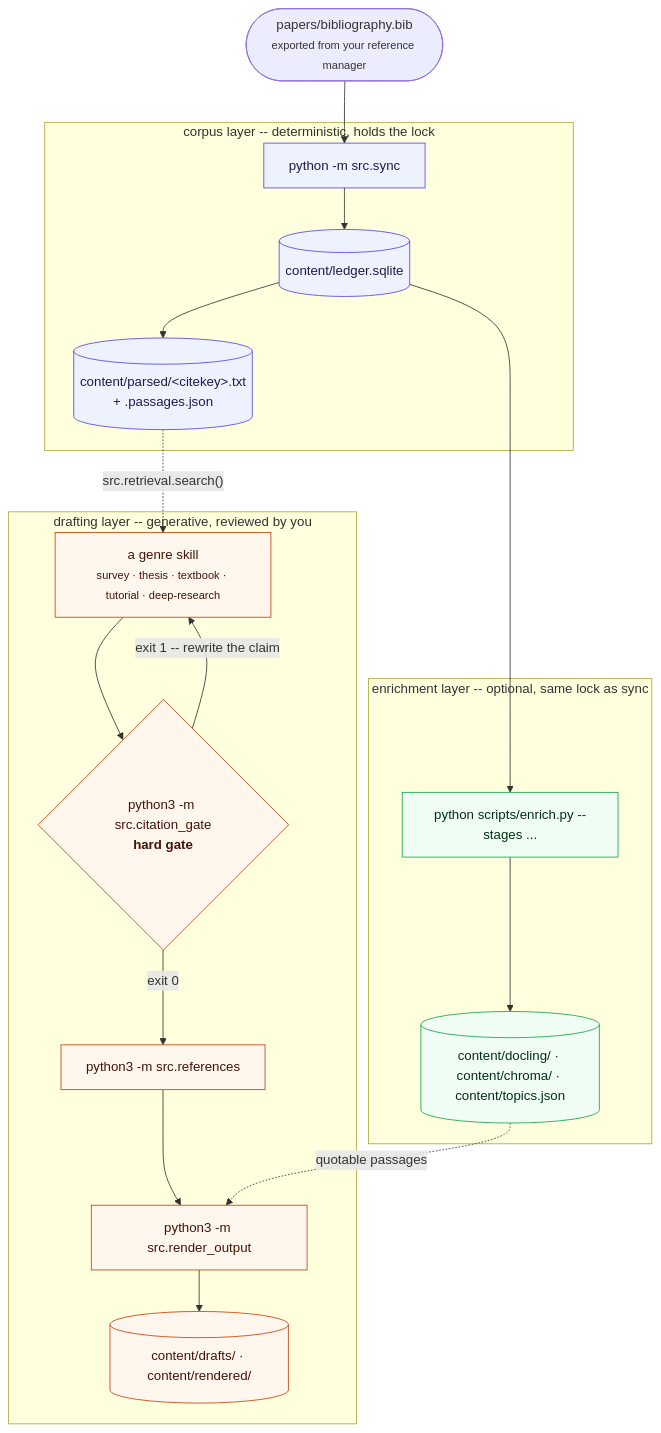
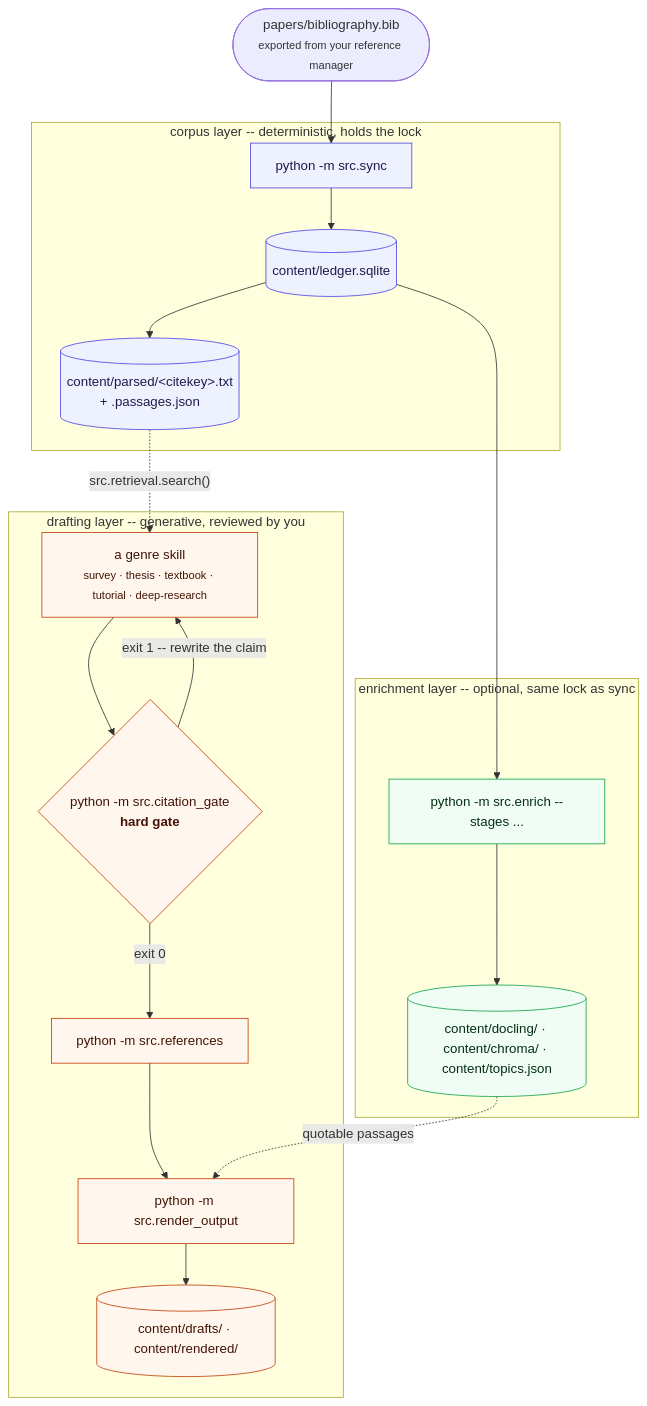
Before and after one commit to prasadtalasila/chitragupta: the second of 3 diagrams in docs/LADDERS.md, drawn with Mermaid. The commit also changed other lines of this file and 88 other files, not shown here.

````diff
--- a/docs/LADDERS.md
+++ b/docs/LADDERS.md
@@ -150,40 +150,40 @@
 ```mermaid
 flowchart TB
 
   BIB(["papers/bibliography.bib<br/><small>exported from your reference manager</small>"])
 
   subgraph CORPUS["corpus layer -- deterministic, holds the lock"]
     SYNC["python -m src.sync"]
     LEDGER[("content/ledger.sqlite")]
     PARSED[("content/parsed/&lt;citekey&gt;.txt<br/>+ .passages.json")]
   end
 
   subgraph DRAFTING["drafting layer -- generative, reviewed by you"]
     SKILL["a genre skill<br/><small>survey · thesis · textbook · tutorial · deep-research</small>"]
-    GATE{"python3 -m src.citation_gate<br/><b>hard gate</b>"}
-    REFS["python3 -m src.references"]
-    RENDER["python3 -m src.render_output"]
+    GATE{"python -m src.citation_gate<br/><b>hard gate</b>"}
+    REFS["python -m src.references"]
+    RENDER["python -m src.render_output"]
     DRAFT[("content/drafts/ · content/rendered/")]
   end
 
   subgraph ENRICH["enrichment layer -- optional, same lock as sync"]
-    ENR["python scripts/enrich.py --stages ..."]
+    ENR["python -m src.enrich --stages ..."]
     ART[("content/docling/ · content/chroma/ · content/topics.json")]
   end
 
   BIB --> SYNC --> LEDGER --> PARSED
   PARSED -.->|"src.retrieval.search()"| SKILL
   SKILL --> GATE
   GATE -->|"exit 1 -- rewrite the claim"| SKILL
   GATE -->|"exit 0"| REFS --> RENDER --> DRAFT
   LEDGER --> ENR
   ENR --> ART
   ART -.->|"quotable passages"| RENDER
 
   classDef corpus fill:#eef2ff,stroke:#4f46e5,color:#1e1b4b
   classDef draft fill:#fff7ed,stroke:#c2410c,color:#431407
   classDef enrich fill:#f0fdf4,stroke:#16a34a,color:#052e16
   class SYNC,LEDGER,PARSED corpus
   class SKILL,GATE,REFS,RENDER,DRAFT draft
   class ENR,ART enrich
 ```
````
